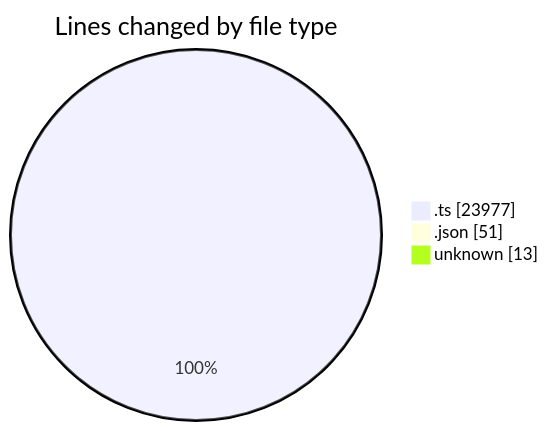
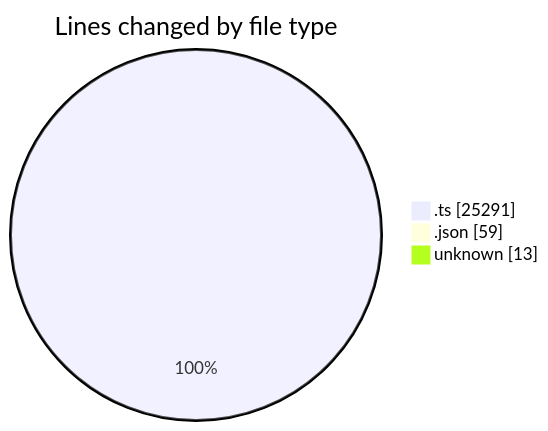
One commit to momahboobian/code-tracking changed the first of 2 diagrams in 2025-09-09/cda/README.md. Above: the diagram before and after it, drawn with Mermaid. The commit also changed other lines of this file and 1 other file, not shown here.

````diff
--- a/2025-09-09/cda/README.md
+++ b/2025-09-09/cda/README.md
@@ -87,7 +94,7 @@
 ```mermaid
 pie showData
 title Lines changed by file type
-".ts" : 23977
-".json" : 51
+".ts" : 25291
+".json" : 59
 "unknown" : 13
 ```
````
